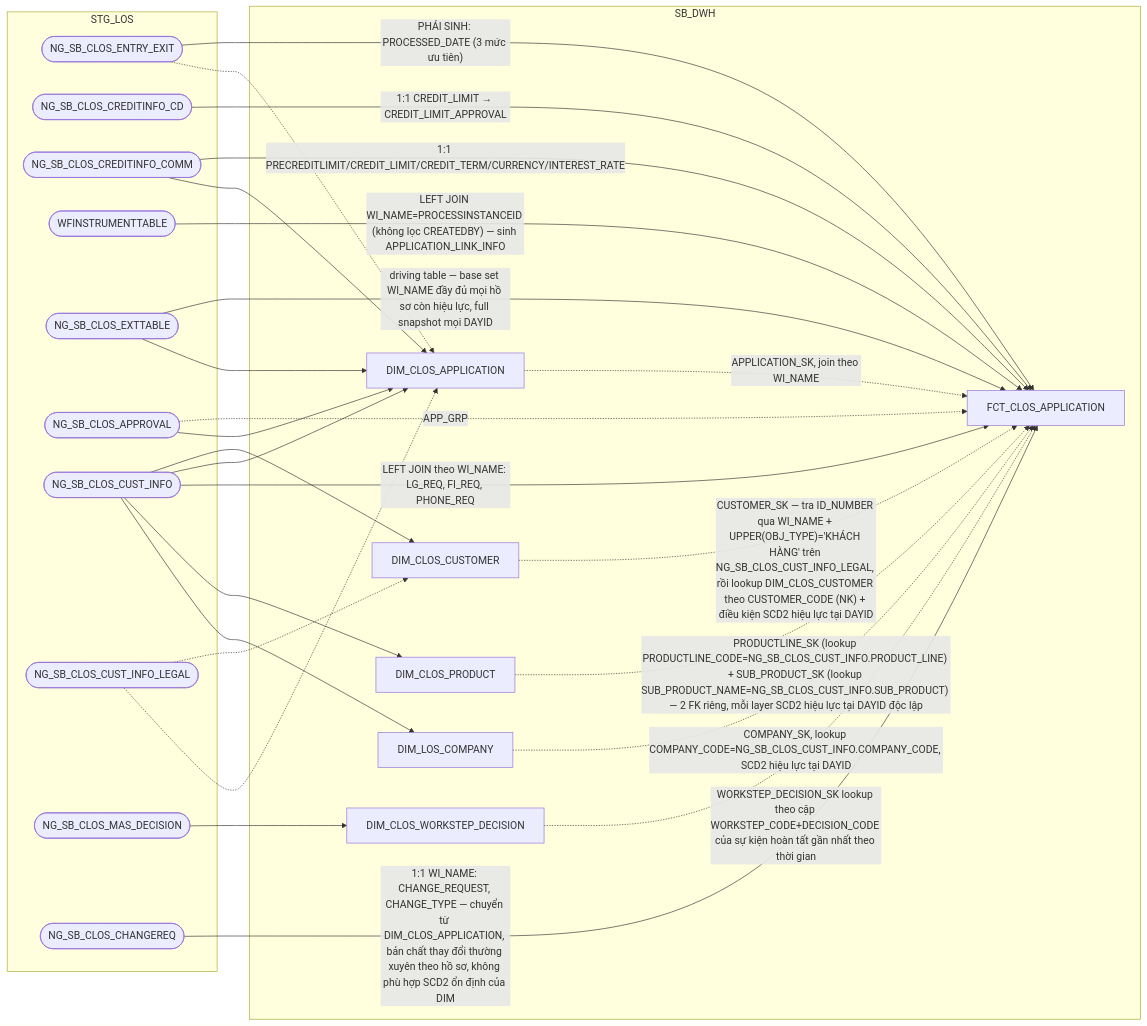
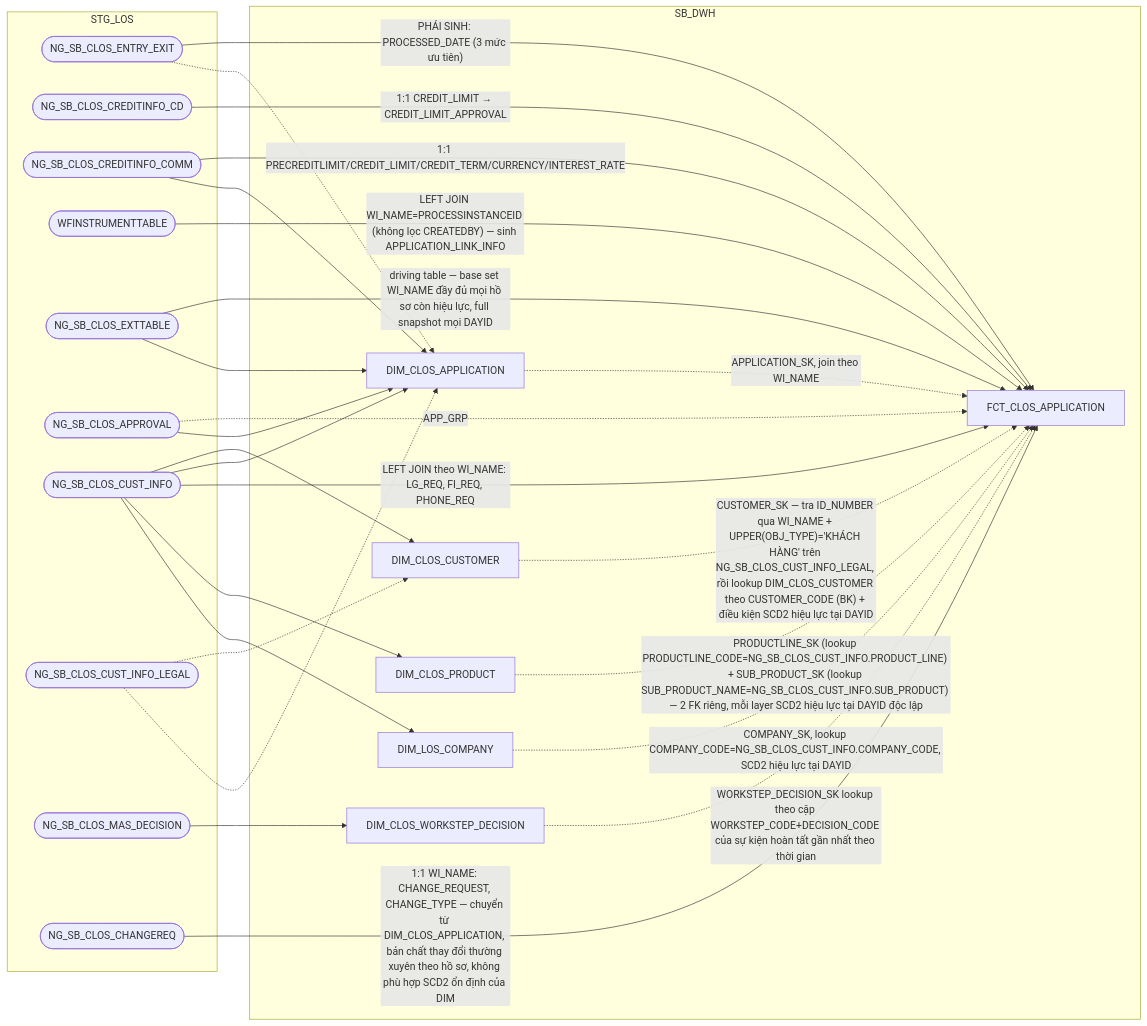
The first of 14 diagrams in hld/hld_review/HLD_FCT_SB_DWH_review.md (chien1198/sb-mapping-gen), drawn with Mermaid before and after one commit. The commit also changed other lines of this file and 54 other files, not shown here.

````diff
--- a/hld/hld_review/HLD_FCT_SB_DWH_review.md
+++ b/hld/hld_review/HLD_FCT_SB_DWH_review.md
@@ -24,47 +24,47 @@
 ```mermaid
 flowchart LR
     subgraph STG_LOS
         A(["NG_SB_CLOS_ENTRY_EXIT"])
         B(["NG_SB_CLOS_CREDITINFO_CD"])
         C(["NG_SB_CLOS_CREDITINFO_COMM"])
         D(["WFINSTRUMENTTABLE"])
         F(["NG_SB_CLOS_EXTTABLE"])
         G(["NG_SB_CLOS_APPROVAL"])
         M(["NG_SB_CLOS_CUST_INFO"])
         ML(["NG_SB_CLOS_CUST_INFO_LEGAL"])
         MW(["NG_SB_CLOS_MAS_DECISION"])
         K1(["NG_SB_CLOS_CHANGEREQ"])
     end
     subgraph SB_DWH
         K["DIM_CLOS_CUSTOMER"]
         WD["DIM_CLOS_WORKSTEP_DECISION"]
         PR["DIM_CLOS_PRODUCT"]
         OU["DIM_LOS_COMPANY"]
         AP["DIM_CLOS_APPLICATION"]
         E["FCT_CLOS_APPLICATION"]
     end
     A -->|"PHÁI SINH: PROCESSED_DATE (3 mức ưu tiên)"| E
     B -->|1:1 CREDIT_LIMIT → CREDIT_LIMIT_APPROVAL| E
     C -->|1:1 PRECREDITLIMIT/CREDIT_LIMIT/CREDIT_TERM/CURRENCY/INTEREST_RATE| E
     D -->|"LEFT JOIN WI_NAME=PROCESSINSTANCEID (không lọc CREATEDBY) — sinh APPLICATION_LINK_INFO"| E
     F -->|"driving table — base set WI_NAME đầy đủ mọi hồ sơ còn hiệu lực, full snapshot mọi DAYID"| E
     G -.->|"APP_GRP"| E
-    K -.->|"CUSTOMER_SK — tra ID_NUMBER qua WI_NAME + UPPER(OBJ_TYPE)='KHÁCH HÀNG' trên NG_SB_CLOS_CUST_INFO_LEGAL, rồi lookup DIM_CLOS_CUSTOMER theo CUSTOMER_CODE (NK) + điều kiện SCD2 hiệu lực tại DAYID"| E
+    K -.->|"CUSTOMER_SK — tra ID_NUMBER qua WI_NAME + UPPER(OBJ_TYPE)='KHÁCH HÀNG' trên NG_SB_CLOS_CUST_INFO_LEGAL, rồi lookup DIM_CLOS_CUSTOMER theo CUSTOMER_CODE (BK) + điều kiện SCD2 hiệu lực tại DAYID"| E
     M --> K
     ML -.-> K
     MW --> WD
     WD -.->|"WORKSTEP_DECISION_SK lookup theo cặp WORKSTEP_CODE+DECISION_CODE của sự kiện hoàn tất gần nhất theo thời gian"| E
     PR -.->|"PRODUCTLINE_SK (lookup PRODUCTLINE_CODE=NG_SB_CLOS_CUST_INFO.PRODUCT_LINE) + SUB_PRODUCT_SK (lookup SUB_PRODUCT_NAME=NG_SB_CLOS_CUST_INFO.SUB_PRODUCT) — 2 FK riêng, mỗi layer SCD2 hiệu lực tại DAYID độc lập"| E
     OU -.->|"COMPANY_SK, lookup COMPANY_CODE=NG_SB_CLOS_CUST_INFO.COMPANY_CODE, SCD2 hiệu lực tại DAYID"| E
     F --> AP
     M --> AP
     ML -.-> AP
     G --> AP
     A -.-> AP
     C --> AP
     AP -.->|"APPLICATION_SK, join theo WI_NAME"| E
     M -->|"LEFT JOIN theo WI_NAME: LG_REQ, FI_REQ, PHONE_REQ"| E
     M --> PR
     M --> OU
     K1 -->|"1:1 WI_NAME: CHANGE_REQUEST, CHANGE_TYPE — chuyển từ DIM_CLOS_APPLICATION, bản chất thay đổi thường xuyên theo hồ sơ, không phù hợp SCD2 ổn định của DIM"| E
 ```
````
